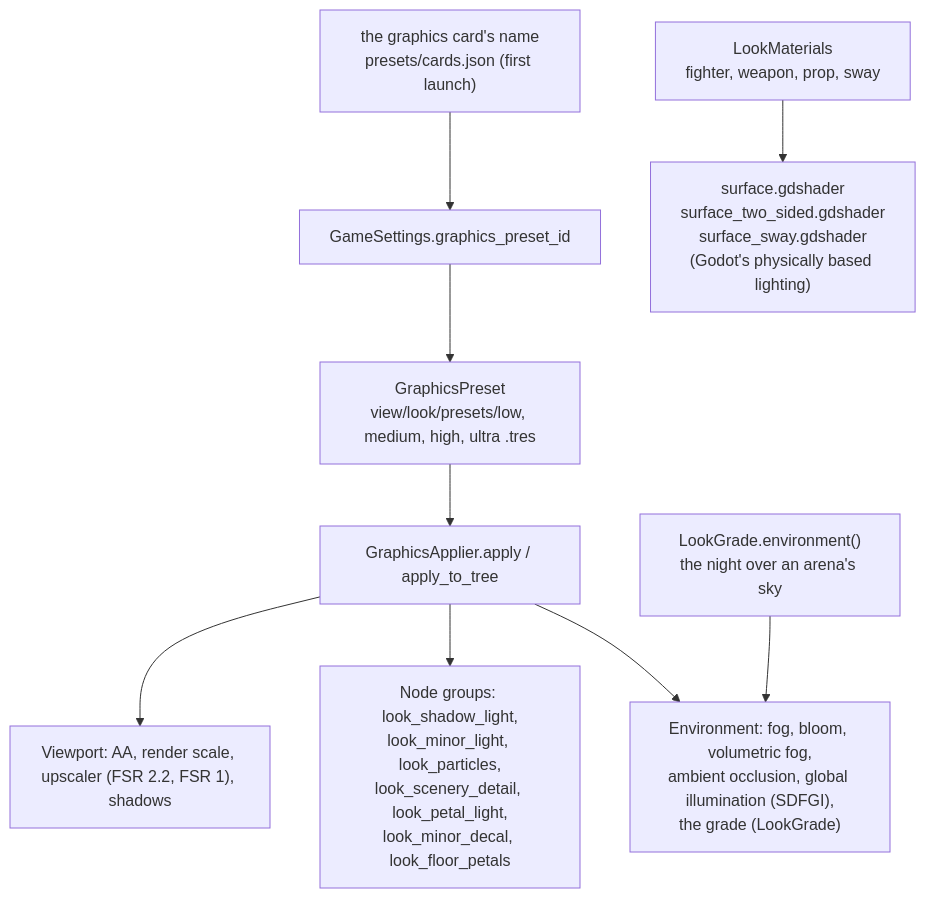
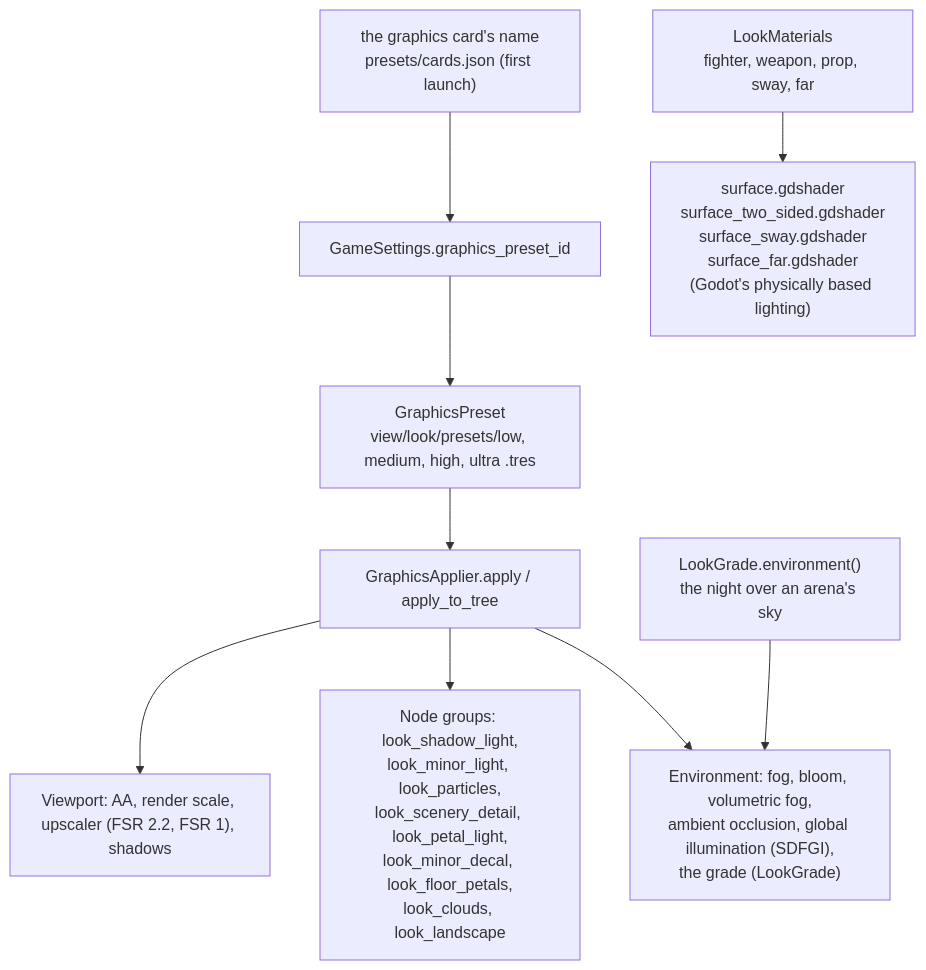
Before and after one commit to Arod231/monomachia: diagram 15 of 22 in docs/architecture.md, drawn with Mermaid. The commit also changed other lines of this file and 31 other files, not shown here.

````diff
--- a/docs/architecture.md
+++ b/docs/architecture.md
@@ -794,12 +795,12 @@
 ```mermaid
 flowchart TD
     CARD["the graphics card's name<br/>presets/cards.json (first launch)"] --> GSET
     GSET["GameSettings.graphics_preset_id"] --> PRESET["GraphicsPreset<br/>view/look/presets/low, medium, high, ultra .tres"]
     PRESET --> APP["GraphicsApplier.apply / apply_to_tree"]
     APP --> VP["Viewport: AA, render scale, upscaler (FSR 2.2, FSR 1), shadows"]
-    APP --> GROUPS["Node groups: look_shadow_light,<br/>look_minor_light, look_particles,<br/>look_scenery_detail, look_petal_light,<br/>look_minor_decal, look_floor_petals"]
+    APP --> GROUPS["Node groups: look_shadow_light,<br/>look_minor_light, look_particles,<br/>look_scenery_detail, look_petal_light,<br/>look_minor_decal, look_floor_petals,<br/>look_clouds, look_landscape"]
     APP --> ENV["Environment: fog, bloom, volumetric fog,<br/>ambient occlusion, global illumination (SDFGI),<br/>the grade (LookGrade)"]
 
-    LM["LookMaterials<br/>fighter, weapon, prop, sway"] --> SURF["surface.gdshader<br/>surface_two_sided.gdshader<br/>surface_sway.gdshader<br/>(Godot's physically based lighting)"]
+    LM["LookMaterials<br/>fighter, weapon, prop, sway, far"] --> SURF["surface.gdshader<br/>surface_two_sided.gdshader<br/>surface_sway.gdshader<br/>surface_far.gdshader<br/>(Godot's physically based lighting)"]
     LG["LookGrade.environment()<br/>the night over an arena's sky"] --> ENV
 ```
````
